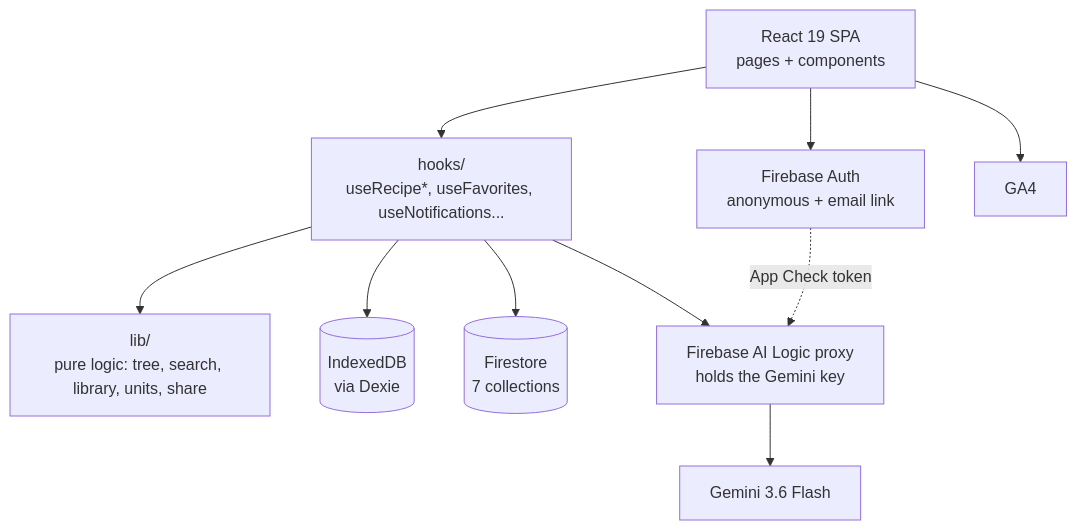
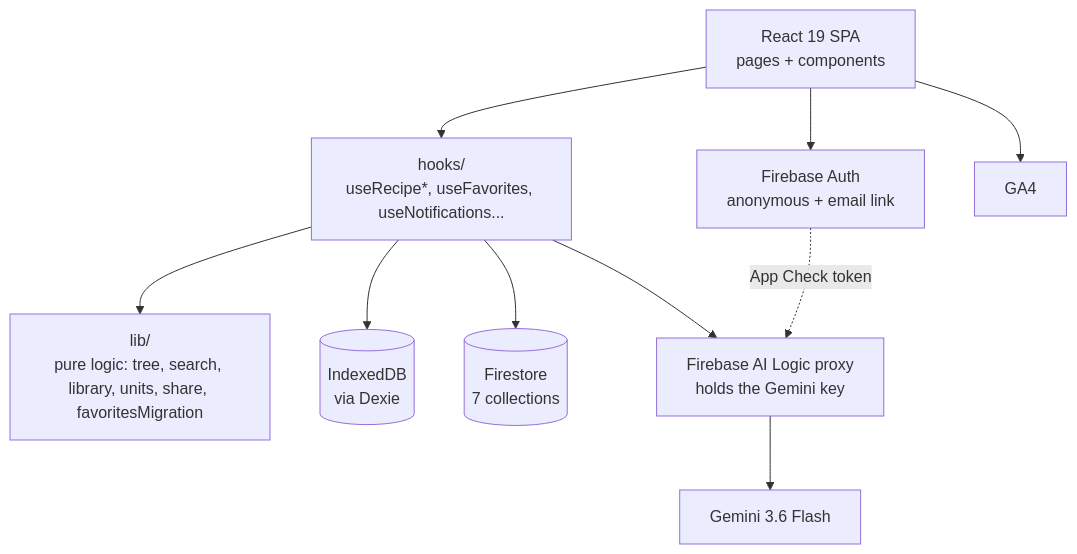
Before and after one commit to hpeppitt/recipe-app: the diagram in docs/architecture.md, drawn with Mermaid. The commit also changed 14 other files, not shown here.

````diff
--- a/docs/architecture.md
+++ b/docs/architecture.md
@@ -12,22 +12,22 @@
 ```mermaid
 flowchart TD
     UI[React 19 SPA<br/>pages + components]
     Hooks[hooks/<br/>useRecipe*, useFavorites, useNotifications...]
-    Lib[lib/<br/>pure logic: tree, search, library, units, share]
+    Lib[lib/<br/>pure logic: tree, search, library, units, share, favoritesMigration]
     Dexie[(IndexedDB<br/>via Dexie)]
     FS[(Firestore<br/>7 collections)]
     Auth[Firebase Auth<br/>anonymous + email link]
     AILogic[Firebase AI Logic proxy<br/>holds the Gemini key]
     Gemini[Gemini 3.6 Flash]
     GA[GA4]
 
     UI --> Hooks
     Hooks --> Lib
     Hooks --> Dexie
     Hooks --> FS
     Hooks --> AILogic
     UI --> Auth
     AILogic --> Gemini
     UI --> GA
     Auth -. App Check token .-> AILogic
 ```
````
